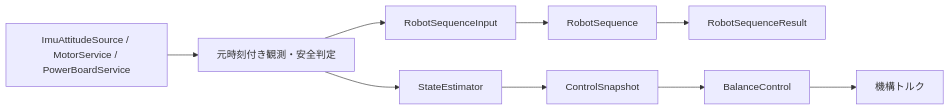
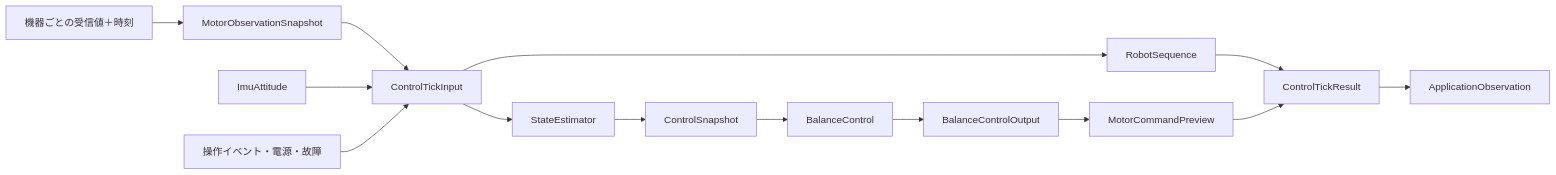
The diagram in docs/design/data-model.md (kou-pen/balancing), drawn with Mermaid before and after one commit. The commit also changed other lines of this file and 16 other files, not shown here.

```diff
--- a/docs/design/data-model.md
+++ b/docs/design/data-model.md
@@ -11,11 +24,16 @@
 <pre class="mermaid">
 flowchart LR
-    sensors["ImuAttitudeSource / MotorService / PowerBoardService"] --> inputs["元時刻付き観測・安全判定"]
-    inputs --> sequenceInput["RobotSequenceInput"]
-    sequenceInput --> sequence["RobotSequence"]
-    sequence --> result["RobotSequenceResult"]
-    inputs --> estimator["StateEstimator"]
-    estimator --> snapshot["ControlSnapshot"]
-    snapshot --> control["BalanceControl"]
-    control --> torque["機構トルク"]
+    RAW["機器ごとの受信値＋時刻"] --> MOT["MotorObservationSnapshot"]
+    MOT --> IN["ControlTickInput"]
+    IMU["ImuAttitude"] --> IN
+    OPS["操作イベント・電源・故障"] --> IN
+    IN --> EST["StateEstimator"]
+    EST --> CS["ControlSnapshot"]
+    IN --> SEQ["RobotSequence"]
+    CS --> CTRL["BalanceControl"]
+    CTRL --> TOR["BalanceControlOutput"]
+    TOR --> PRE["MotorCommandPreview"]
+    SEQ --> RESULT["ControlTickResult"]
+    PRE --> RESULT
+    RESULT --> OBS["ApplicationObservation"]
 </pre>
```
